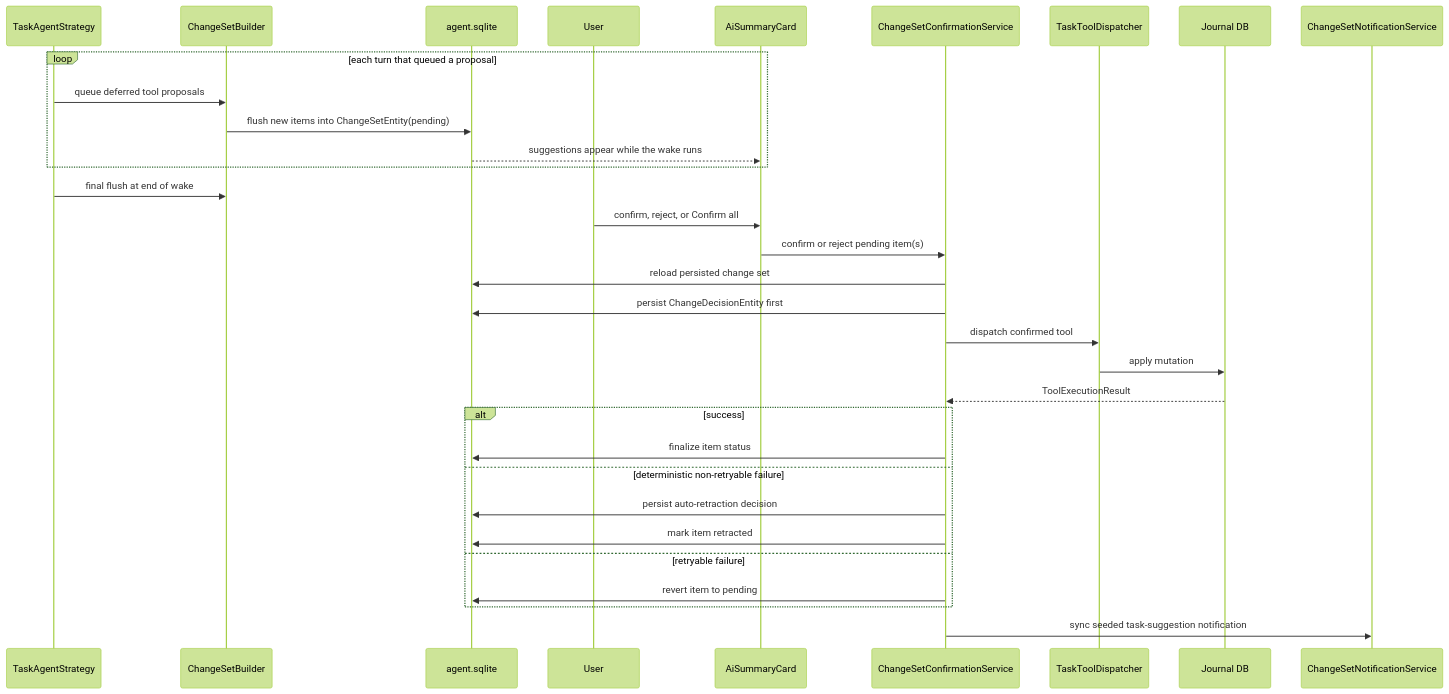
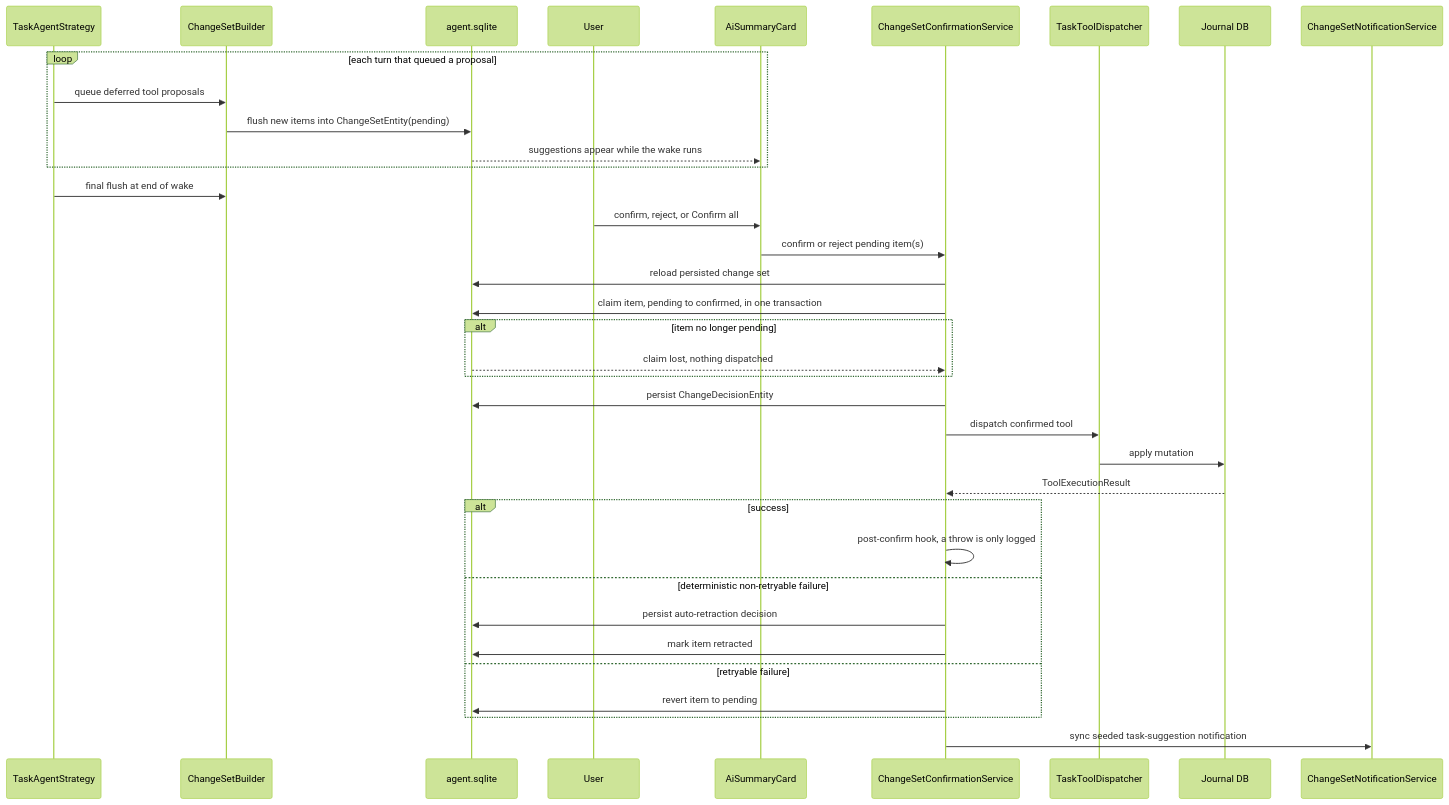
Before and after one commit to matthiasn/lotti: the seventh of 9 diagrams in knowledge/features/agents/task-agents.md, drawn with Mermaid (forest theme). The commit also changed other lines of this file and 30 other files, not shown here.

````diff
--- a/knowledge/features/agents/task-agents.md
+++ b/knowledge/features/agents/task-agents.md
@@ -934,35 +934,39 @@
 ```mermaid
 sequenceDiagram
   participant Agent as TaskAgentStrategy
   participant Builder as ChangeSetBuilder
   participant Store as agent.sqlite
   participant User as User
   participant Card as AiSummaryCard
   participant Confirm as ChangeSetConfirmationService
   participant Dispatch as TaskToolDispatcher
   participant Journal as Journal DB
   participant Inbox as ChangeSetNotificationService
 
   loop each turn that queued a proposal
     Agent->>Builder: queue deferred tool proposals
     Builder->>Store: flush new items into ChangeSetEntity(pending)
     Store-->>Card: suggestions appear while the wake runs
   end
   Agent->>Builder: final flush at end of wake
   User->>Card: confirm, reject, or Confirm all
   Card->>Confirm: confirm or reject pending item(s)
   Confirm->>Store: reload persisted change set
-  Confirm->>Store: persist ChangeDecisionEntity first
+  Confirm->>Store: claim item, pending to confirmed, in one transaction
+  alt item no longer pending
+    Store-->>Confirm: claim lost, nothing dispatched
+  end
+  Confirm->>Store: persist ChangeDecisionEntity
   Confirm->>Dispatch: dispatch confirmed tool
   Dispatch->>Journal: apply mutation
   Journal-->>Confirm: ToolExecutionResult
   alt success
-    Confirm->>Store: finalize item status
+    Confirm->>Confirm: post-confirm hook, a throw is only logged
   else deterministic non-retryable failure
     Confirm->>Store: persist auto-retraction decision
     Confirm->>Store: mark item retracted
   else retryable failure
     Confirm->>Store: revert item to pending
   end
   Confirm->>Inbox: sync seeded task-suggestion notification
 ```
````
